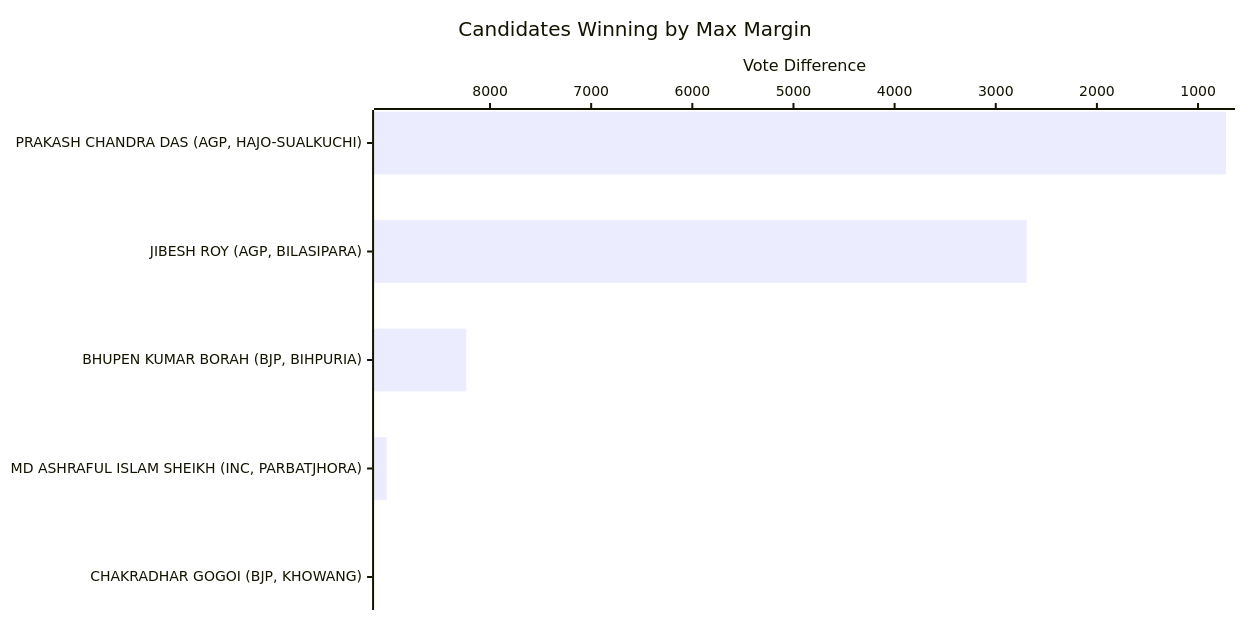
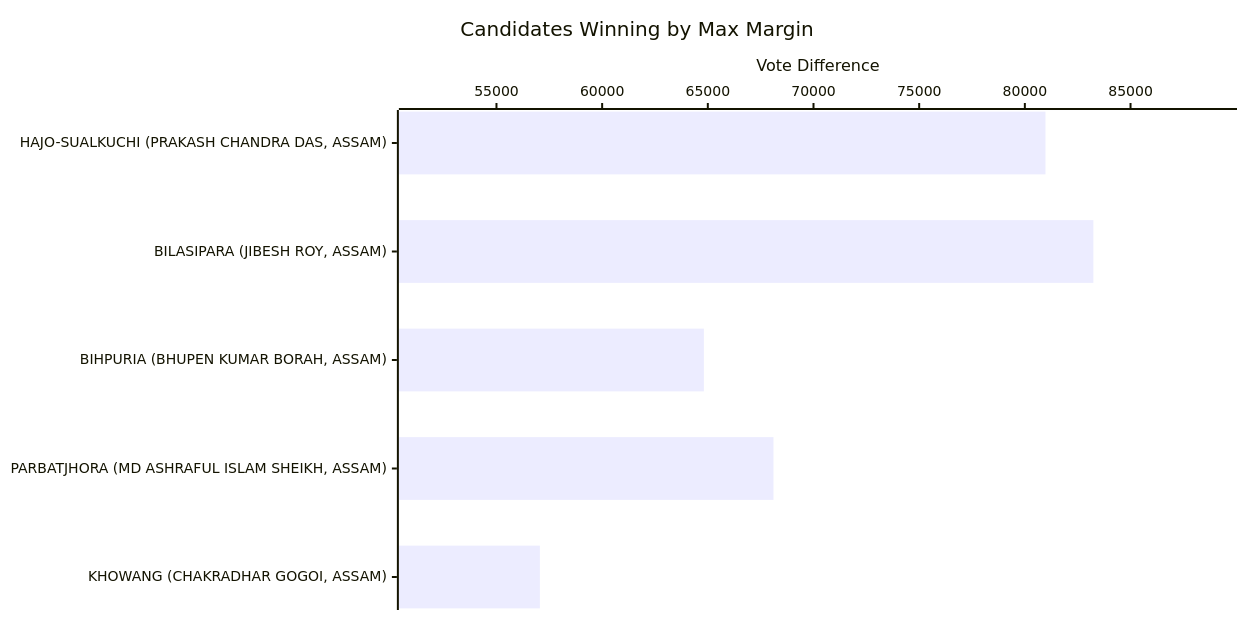
One commit to arjunswaj/elections changed the fifth of 23 diagrams in result/ASSAM/Assam-GRAPH.md. Above: the diagram before and after it, drawn with Mermaid. The commit also changed other lines of this file and 64 other files, not shown here.

````diff
--- a/result/ASSAM/Assam-GRAPH.md
+++ b/result/ASSAM/Assam-GRAPH.md
@@ -138,17 +138,17 @@
 ```mermaid
 ---
 config:
   xyChart:
     width: 1200
     height: 600
     chartOrientation: horizontal
   dataLabels:
     enabled: true
     placement: end
 ---
 xychart-beta
 title "Candidates Winning by Max Margin"
-x-axis ["PRAKASH CHANDRA DAS (AGP, HAJO-SUALKUCHI)", "JIBESH ROY (AGP, BILASIPARA)", "BHUPEN KUMAR BORAH (BJP, BIHPURIA)", "MD ASHRAFUL ISLAM SHEIKH (INC, PARBATJHORA)", "CHAKRADHAR GOGOI (BJP, KHOWANG)"]
-y-axis "Vote Difference" 8985 --> 796
-bar [724, 2694, 8236, 9022, 9984]
+x-axis ["HAJO-SUALKUCHI (PRAKASH CHANDRA DAS, ASSAM)", "BILASIPARA (JIBESH ROY, ASSAM)", "BIHPURIA (BHUPEN KUMAR BORAH, ASSAM)", "PARBATJHORA (MD ASHRAFUL ISLAM SHEIKH, ASSAM)", "KHOWANG (CHAKRADHAR GOGOI, ASSAM)"]
+y-axis "Vote Difference" 51348 --> 89072
+bar [80975, 83243, 64814, 68106, 57054]
 ```
````
